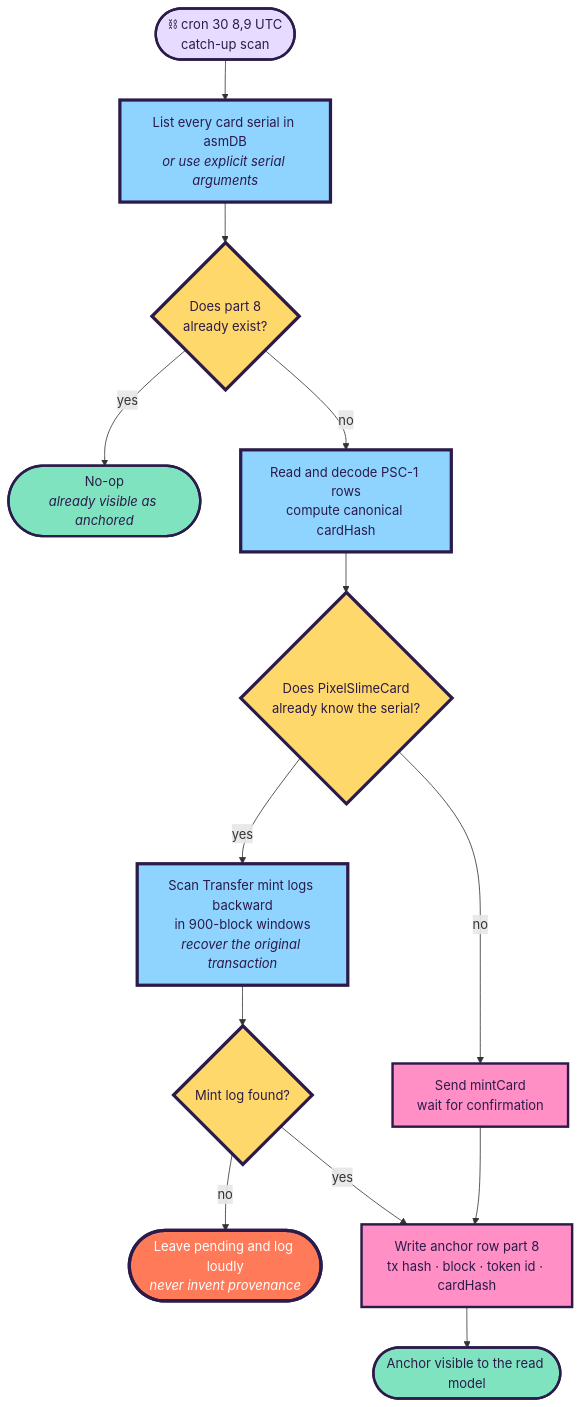
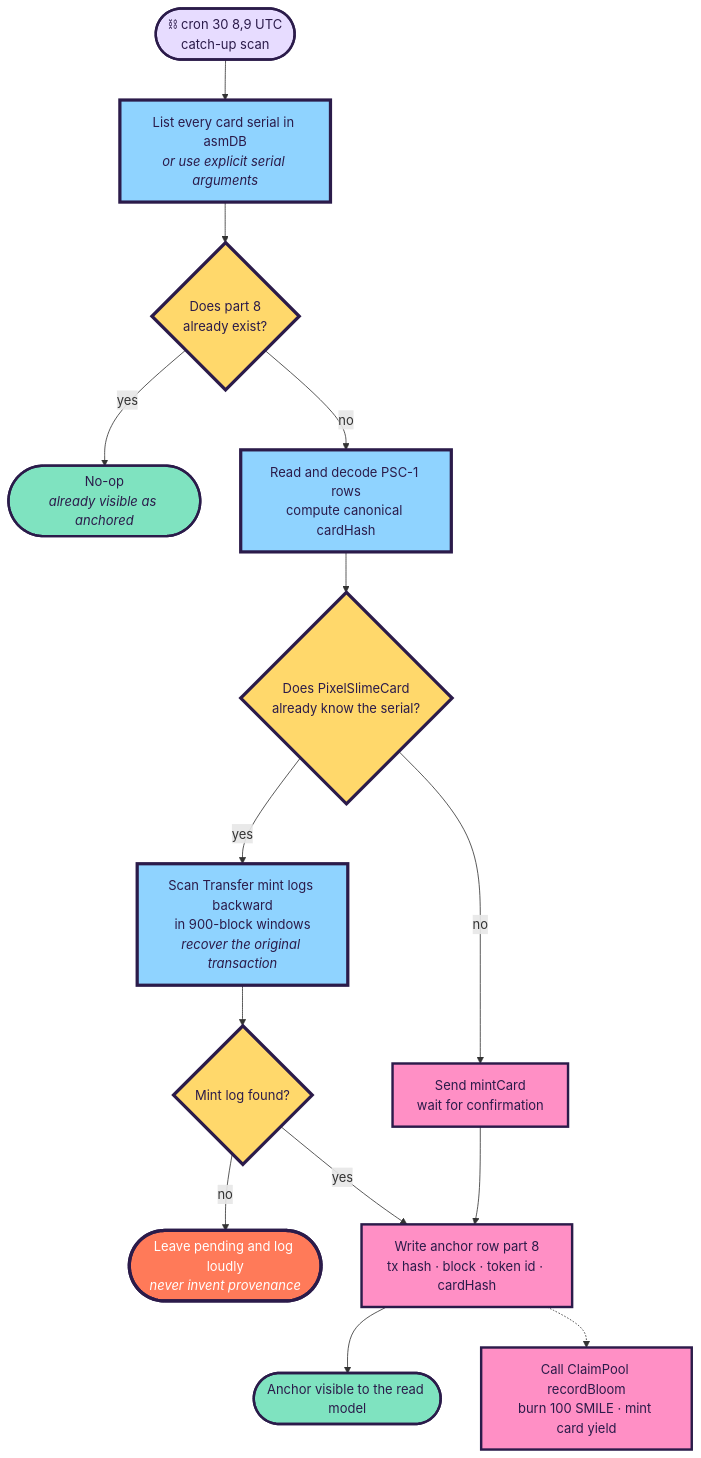
Before and after one commit to fredgis/pixelslime: the fifth of 8 diagrams in docs/ARCHITECTURE.md, drawn with Mermaid. The commit also changed other lines of this file and 5 other files, not shown here.

````diff
--- a/docs/ARCHITECTURE.md
+++ b/docs/ARCHITECTURE.md
@@ -303,38 +304,40 @@
 ```mermaid
 flowchart TB
     CRON(["⛓ cron 30 8,9 UTC<br/>catch-up scan"])
     LIST["List every card serial in asmDB<br/><i>or use explicit serial arguments</i>"]
     ROW{"Does part 8<br/>already exist?"}
     NOOP(["No-op<br/><i>already visible as anchored</i>"])
     READ["Read and decode PSC-1 rows<br/>compute canonical cardHash"]
     MINTED{"Does PixelSlimeCard<br/>already know the serial?"}
     MINT["Send mintCard<br/>wait for confirmation"]
     LOGS["Scan Transfer mint logs backward<br/>in 900-block windows<br/><i>recover the original transaction</i>"]
     FOUND{"Mint log found?"}
     PENDING(["Leave pending and log loudly<br/><i>never invent provenance</i>"])
     WRITE["Write anchor row part 8<br/>tx hash · block · token id · cardHash"]
     DONE(["Anchor visible to the read model"])
+    BLOOM["Call ClaimPool recordBloom<br/>burn 100 SMILE · mint card yield"]
 
     CRON --> LIST --> ROW
     ROW -->|yes| NOOP
     ROW -->|no| READ --> MINTED
     MINTED -->|no| MINT --> WRITE
     MINTED -->|yes| LOGS --> FOUND
     FOUND -->|no| PENDING
     FOUND -->|yes| WRITE
     WRITE --> DONE
+    WRITE -.-> BLOOM
 
     classDef gold fill:#FFD86B,stroke:#2B1B4A,stroke-width:4px,color:#2B1B4A
     classDef pink fill:#FF8FC5,stroke:#2B1B4A,stroke-width:3px,color:#2B1B4A
     classDef lilac fill:#E7DCFF,stroke:#2B1B4A,stroke-width:3px,color:#2B1B4A
     classDef orange fill:#FF7A59,stroke:#2B1B4A,stroke-width:4px,color:#FFFFFF
     classDef blue fill:#8FD3FF,stroke:#2B1B4A,stroke-width:4px,color:#2B1B4A
     classDef mint fill:#7FE3C0,stroke:#2B1B4A,stroke-width:3px,color:#2B1B4A
 
     class CRON lilac
     class LIST,READ,LOGS blue
     class ROW,MINTED,FOUND gold
-    class MINT,WRITE pink
+    class MINT,WRITE,BLOOM pink
     class NOOP,DONE mint
     class PENDING orange
 ```
````
